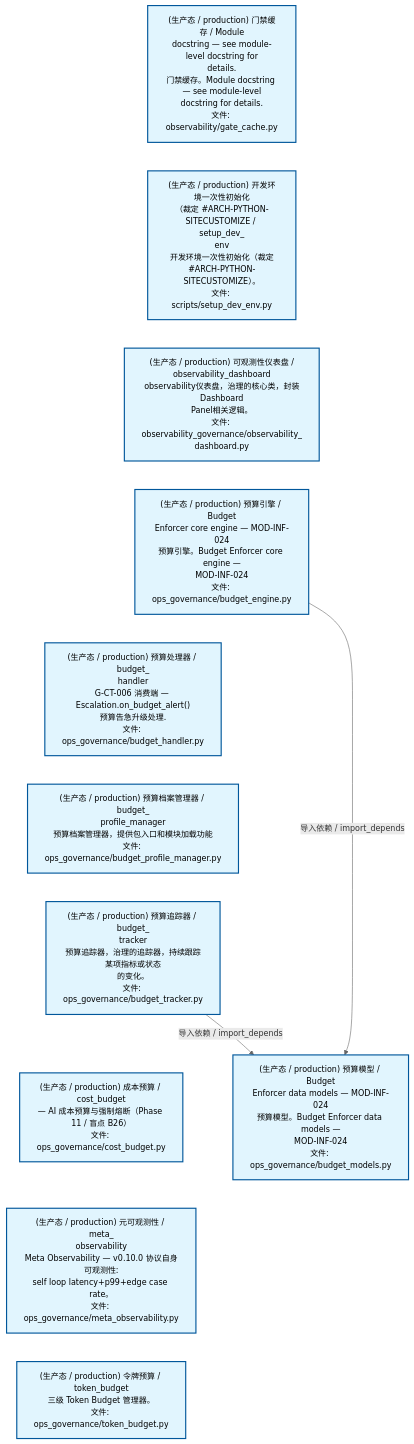
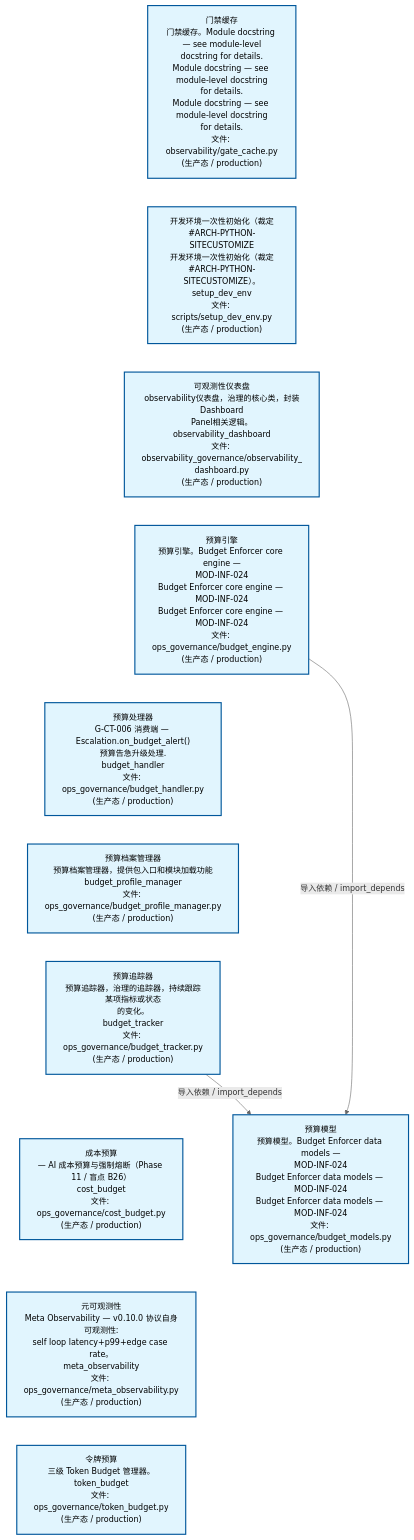
Before and after one commit to xuanFelixVan/ZephyrAlpha: the second of 3 diagrams in docs/02_enterprise_architecture/02_domain_architecture_docs/24_d_ops.md, drawn with Mermaid. The commit also changed other lines of this file and 62 other files, not shown here.

````diff
--- a/docs/02_enterprise_architecture/02_domain_architecture_docs/24_d_ops.md
+++ b/docs/02_enterprise_architecture/02_domain_architecture_docs/24_d_ops.md
@@ -126,31 +125,31 @@
 ```mermaid
 %%{init: {'theme': 'base', 'themeVariables': {'primaryColor': '#eaeaea', 'primaryTextColor': '#333333', 'primaryBorderColor': '#666666', 'lineColor': '#666666', 'secondaryColor': '#eaeaea', 'tertiaryColor': '#eaeaea', 'fontSize': '14px'}}}%%
 flowchart TD
-    scripts_governance_observability_gate_cache_py["(生产态 / production) 门禁缓存 / Module<br/>docstring — see module-level docstring for<br/>details.<br/>门禁缓存。Module docstring — see module-level<br/>docstring for details.<br/>文件: observability/gate_cache.py"]
-    scripts_setup_dev_env_py["(生产态 / production) 开发环境一次性初始化<br/>（裁定 #ARCH-PYTHON-SITECUSTOMIZE / setup_dev_<br/>env<br/>开发环境一次性初始化（裁定<br/>#ARCH-PYTHON-SITECUSTOMIZE）。<br/>文件: scripts/setup_dev_env.py"]
-    src_zephyr_governance_observability_governance_observability_dashboard_py["(生产态 / production) 可观测性仪表盘 /<br/>observability_dashboard<br/>observability仪表盘，治理的核心类，封装Dashboard<br/>Panel相关逻辑。<br/>文件: observability_governance/observability_<br/>dashboard.py"]
-    src_zephyr_governance_ops_governance_budget_engine_py["(生产态 / production) 预算引擎 / Budget<br/>Enforcer core engine — MOD-INF-024<br/>预算引擎。Budget Enforcer core engine —<br/>MOD-INF-024<br/>文件: ops_governance/budget_engine.py"]
-    src_zephyr_governance_ops_governance_budget_handler_py["(生产态 / production) 预算处理器 / budget_<br/>handler<br/>G-CT-006 消费端 — Escalation.on_budget_alert()<br/>预算告急升级处理.<br/>文件: ops_governance/budget_handler.py"]
-    src_zephyr_governance_ops_governance_budget_profile_manager_py["(生产态 / production) 预算档案管理器 / budget_<br/>profile_manager<br/>预算档案管理器，提供包入口和模块加载功能<br/>文件: ops_governance/budget_profile_manager.py"]
-    src_zephyr_governance_ops_governance_budget_tracker_py["(生产态 / production) 预算追踪器 / budget_<br/>tracker<br/>预算追踪器，治理的追踪器，持续跟踪某项指标或状态<br/>的变化。<br/>文件: ops_governance/budget_tracker.py"]
-    src_zephyr_governance_ops_governance_cost_budget_py["(生产态 / production) 成本预算 / cost_budget<br/>— AI 成本预算与强制熔断（Phase 11 / 盲点 B26）<br/>文件: ops_governance/cost_budget.py"]
-    src_zephyr_governance_ops_governance_meta_observability_py["(生产态 / production) 元可观测性 / meta_<br/>observability<br/>Meta Observability — v0.10.0 协议自身可观测性:<br/>self loop latency+p99+edge case rate。<br/>文件: ops_governance/meta_observability.py"]
-    src_zephyr_governance_ops_governance_token_budget_py["(生产态 / production) 令牌预算 / token_budget<br/>三级 Token Budget 管理器。<br/>文件: ops_governance/token_budget.py"]
+    scripts_governance_observability_gate_cache_py["门禁缓存<br/>门禁缓存。Module docstring — see module-level<br/>docstring for details.<br/>Module docstring — see module-level docstring<br/>for details.<br/>Module docstring — see module-level docstring<br/>for details.<br/>文件: observability/gate_cache.py<br/>(生产态 / production)"]
+    scripts_setup_dev_env_py["开发环境一次性初始化（裁定<br/>#ARCH-PYTHON-SITECUSTOMIZE<br/>开发环境一次性初始化（裁定<br/>#ARCH-PYTHON-SITECUSTOMIZE）。<br/>setup_dev_env<br/>文件: scripts/setup_dev_env.py<br/>(生产态 / production)"]
+    src_zephyr_governance_observability_governance_observability_dashboard_py["可观测性仪表盘<br/>observability仪表盘，治理的核心类，封装Dashboard<br/>Panel相关逻辑。<br/>observability_dashboard<br/>文件: observability_governance/observability_<br/>dashboard.py<br/>(生产态 / production)"]
+    src_zephyr_governance_ops_governance_budget_engine_py["预算引擎<br/>预算引擎。Budget Enforcer core engine —<br/>MOD-INF-024<br/>Budget Enforcer core engine — MOD-INF-024<br/>Budget Enforcer core engine — MOD-INF-024<br/>文件: ops_governance/budget_engine.py<br/>(生产态 / production)"]
+    src_zephyr_governance_ops_governance_budget_handler_py["预算处理器<br/>G-CT-006 消费端 — Escalation.on_budget_alert()<br/>预算告急升级处理.<br/>budget_handler<br/>文件: ops_governance/budget_handler.py<br/>(生产态 / production)"]
+    src_zephyr_governance_ops_governance_budget_profile_manager_py["预算档案管理器<br/>预算档案管理器，提供包入口和模块加载功能<br/>budget_profile_manager<br/>文件: ops_governance/budget_profile_manager.py<br/>(生产态 / production)"]
+    src_zephyr_governance_ops_governance_budget_tracker_py["预算追踪器<br/>预算追踪器，治理的追踪器，持续跟踪某项指标或状态<br/>的变化。<br/>budget_tracker<br/>文件: ops_governance/budget_tracker.py<br/>(生产态 / production)"]
+    src_zephyr_governance_ops_governance_cost_budget_py["成本预算<br/>— AI 成本预算与强制熔断（Phase 11 / 盲点 B26）<br/>cost_budget<br/>文件: ops_governance/cost_budget.py<br/>(生产态 / production)"]
+    src_zephyr_governance_ops_governance_meta_observability_py["元可观测性<br/>Meta Observability — v0.10.0 协议自身可观测性:<br/>self loop latency+p99+edge case rate。<br/>meta_observability<br/>文件: ops_governance/meta_observability.py<br/>(生产态 / production)"]
+    src_zephyr_governance_ops_governance_token_budget_py["令牌预算<br/>三级 Token Budget 管理器。<br/>token_budget<br/>文件: ops_governance/token_budget.py<br/>(生产态 / production)"]
     scripts_governance_observability_gate_cache_py ~~~ scripts_setup_dev_env_py
     scripts_setup_dev_env_py ~~~ src_zephyr_governance_observability_governance_observability_dashboard_py
     src_zephyr_governance_observability_governance_observability_dashboard_py ~~~ src_zephyr_governance_ops_governance_budget_engine_py
     src_zephyr_governance_ops_governance_budget_engine_py ~~~ src_zephyr_governance_ops_governance_budget_handler_py
     src_zephyr_governance_ops_governance_budget_handler_py ~~~ src_zephyr_governance_ops_governance_budget_profile_manager_py
     src_zephyr_governance_ops_governance_budget_profile_manager_py ~~~ src_zephyr_governance_ops_governance_budget_tracker_py
     src_zephyr_governance_ops_governance_budget_tracker_py ~~~ src_zephyr_governance_ops_governance_cost_budget_py
     src_zephyr_governance_ops_governance_cost_budget_py ~~~ src_zephyr_governance_ops_governance_meta_observability_py
     src_zephyr_governance_ops_governance_meta_observability_py ~~~ src_zephyr_governance_ops_governance_token_budget_py
-    src_zephyr_governance_ops_governance_budget_models_py["(生产态 / production) 预算模型 / Budget<br/>Enforcer data models — MOD-INF-024<br/>预算模型。Budget Enforcer data models —<br/>MOD-INF-024<br/>文件: ops_governance/budget_models.py"]
+    src_zephyr_governance_ops_governance_budget_models_py["预算模型<br/>预算模型。Budget Enforcer data models —<br/>MOD-INF-024<br/>Budget Enforcer data models — MOD-INF-024<br/>Budget Enforcer data models — MOD-INF-024<br/>文件: ops_governance/budget_models.py<br/>(生产态 / production)"]
     src_zephyr_governance_ops_governance_budget_engine_py -->|导入依赖 / import_depends| src_zephyr_governance_ops_governance_budget_models_py
     src_zephyr_governance_ops_governance_budget_tracker_py -->|导入依赖 / import_depends| src_zephyr_governance_ops_governance_budget_models_py
     classDef production fill:#e1f5fe,stroke:#01579b,stroke-width:2px,color:#000
     classDef design fill:#fff3e0,stroke:#e65100,stroke-width:2px,color:#000,stroke-dasharray: 5 5
     classDef external_prod fill:#e8f4fd,stroke:#0277bd,stroke-width:1px,color:#000
     classDef external_design fill:#fff8e7,stroke:#ef6c00,stroke-width:1px,color:#000,stroke-dasharray: 5 5
     class scripts_governance_observability_gate_cache_py,scripts_setup_dev_env_py,src_zephyr_governance_observability_governance_observability_dashboard_py,src_zephyr_governance_ops_governance_budget_engine_py,src_zephyr_governance_ops_governance_budget_handler_py,src_zephyr_governance_ops_governance_budget_models_py,src_zephyr_governance_ops_governance_budget_profile_manager_py,src_zephyr_governance_ops_governance_budget_tracker_py,src_zephyr_governance_ops_governance_cost_budget_py,src_zephyr_governance_ops_governance_meta_observability_py,src_zephyr_governance_ops_governance_token_budget_py production
 ```
````
